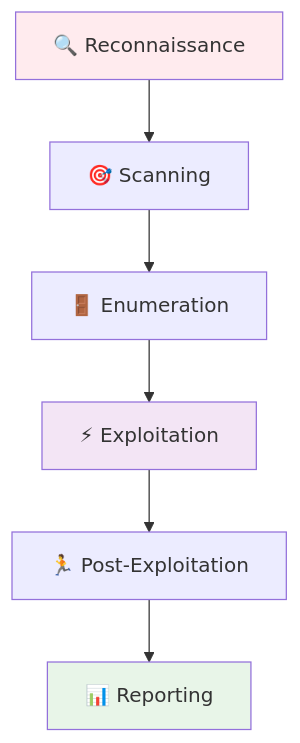
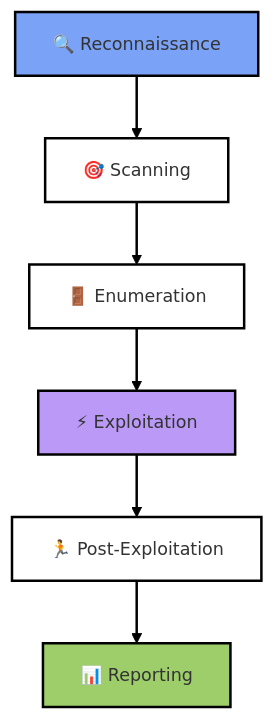
Diagram 20 of 24 in tools/mermaid-diagrams.md (elieduclr/Awesome-Readme-Templates), drawn with Mermaid before and after one commit. The commit also changed other lines of this file, not shown here.

First line of the commit message:
Update mermaid-diagrams.md

````diff
--- a/tools/mermaid-diagrams.md
+++ b/tools/mermaid-diagrams.md
@@ -619,12 +615,15 @@
 ```mermaid
+---
+config:
+  theme: neo
+---
 graph TD
     A[🔍 Reconnaissance] --> B[🎯 Scanning]
     B --> C[🚪 Enumeration]
     C --> D[⚡ Exploitation]
     D --> E[🏃 Post-Exploitation]
     E --> F[📊 Reporting]
-    
-    style A fill:#ffebee
-    style D fill:#f3e5f5
-    style F fill:#e8f5e8
+    style A fill:#7aa2f7
+    style D fill:#bb9af7
+    style F fill:#9ece6a
 ```
````
